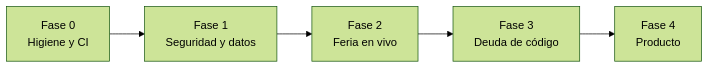
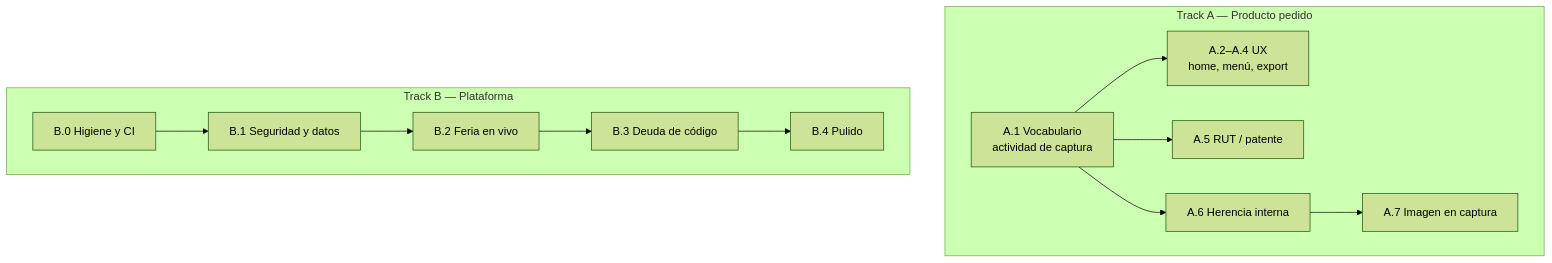
One commit to bastiansanchez24/transworld-nexus changed the diagram in docs/PLAN_DE_MEJORA.md. Above: the diagram before and after it, drawn with Mermaid (forest theme). The commit also changed other lines of this file and 1 other file, not shown here.

````diff
--- a/docs/PLAN_DE_MEJORA.md
+++ b/docs/PLAN_DE_MEJORA.md
@@ -75,7 +102,17 @@
 ```mermaid
-flowchart LR
-  F0[Fase 0<br/>Higiene y CI] --> F1[Fase 1<br/>Seguridad y datos]
-  F1 --> F2[Fase 2<br/>Feria en vivo]
-  F2 --> F3[Fase 3<br/>Deuda de código]
-  F3 --> F4[Fase 4<br/>Producto]
+flowchart TB
+  subgraph A[Track A — Producto pedido]
+    A1[A.1 Vocabulario<br/>actividad de captura]
+    A1 --> A2[A.2–A.4 UX<br/>home, menú, export]
+    A1 --> A5[A.5 RUT / patente]
+    A1 --> A6[A.6 Herencia interna]
+    A6 --> A7[A.7 Imagen en captura]
+  end
+
+  subgraph B[Track B — Plataforma]
+    B0[B.0 Higiene y CI] --> B1[B.1 Seguridad y datos]
+    B1 --> B2[B.2 Feria en vivo]
+    B2 --> B3[B.3 Deuda de código]
+    B3 --> B4[B.4 Pulido]
+  end
 ```
````
